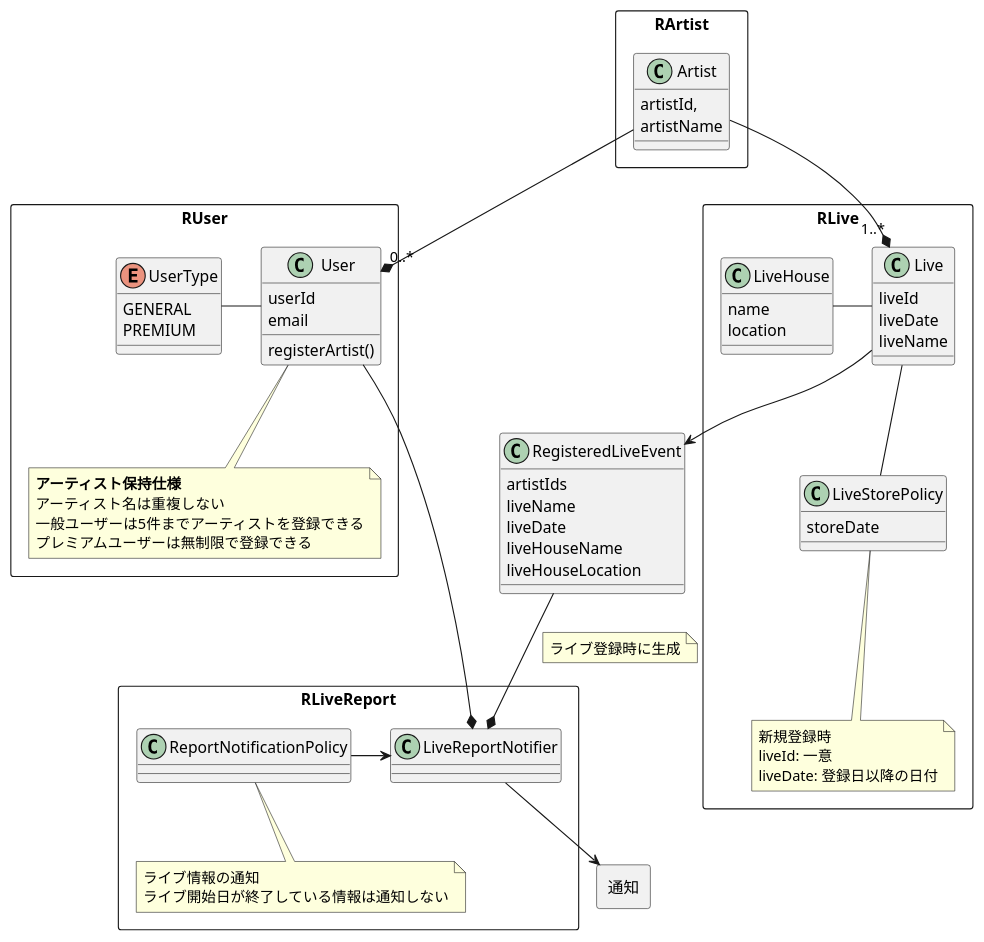
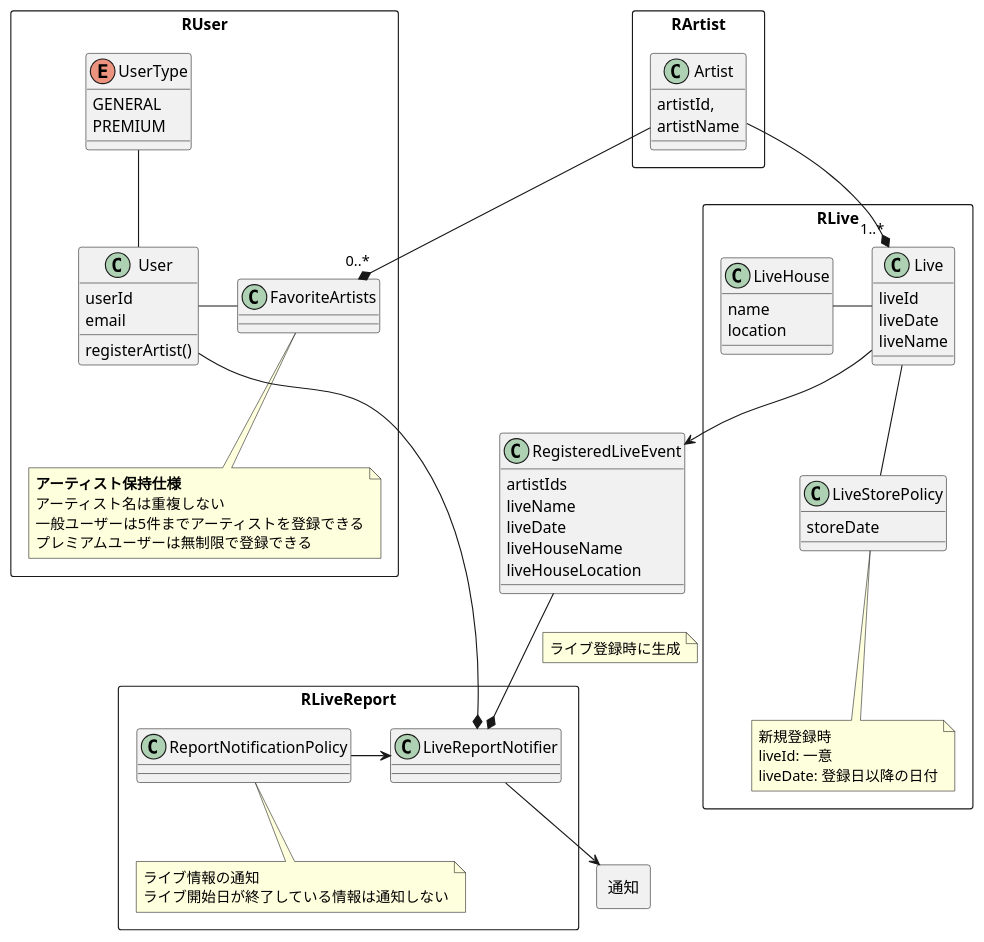
One commit to takutakuaoao/Lee changed the diagram in model_design/live.pu. Above: the diagram before and after it, drawn with PlantUML. The commit also changed 13 other files, not shown here.

Commit message:
Added favorite artists concept to user model. And done refactoring.

```diff
--- a/model_design/live.pu
+++ b/model_design/live.pu
@@ -1,97 +1,102 @@
 @startuml live
 
 rectangle RLiveReport {
     class LiveReportNotifier {
 
     }
 
     class ReportNotificationPolicy {
 
     }
 
     note bottom
     ライブ情報の通知
     ライブ開始日が終了している情報は通知しない
     end note
 
     ReportNotificationPolicy -right-> LiveReportNotifier
 }
 
 rectangle 通知 {
 
 }
 
 LiveReportNotifier -down-> 通知
 
 rectangle RUser {
     class User {
         userId
         email
         registerArtist()
     }
 
+    class FavoriteArtists {
+
+    }
+
     note bottom
     **アーティスト保持仕様**
     アーティスト名は重複しない
     一般ユーザーは5件までアーティストを登録できる
     プレミアムユーザーは無制限で登録できる
-end note
+    end note
 
-enum UserType {
-    GENERAL
-    PREMIUM
-}
+    enum UserType {
+        GENERAL
+        PREMIUM
+    }
 
-UserType - User
+UserType -- User
+User - FavoriteArtists
 }
 
 rectangle RArtist {
 class Artist {
     artistId,
     artistName
 }
 }
 
 rectangle RLive {
 class Live {
     liveId
     liveDate
     liveName
 }
 
 class LiveHouse {
     name
     location
 }
 
 class LiveStorePolicy {
     storeDate
 }
 note bottom
 新規登録時
 liveId: 一意
 liveDate: 登録日以降の日付
 end note
 
 Live -left- LiveHouse
 Live -down- LiveStorePolicy
 }
 
 class RegisteredLiveEvent {
 artistIds
 liveName
 liveDate
 liveHouseName
 liveHouseLocation
 }
 
 Live -down-> RegisteredLiveEvent
 
 Artist --*"1..*" Live
-Artist --*"0..*" User
+Artist --*"0..*" FavoriteArtists
 RegisteredLiveEvent -down-* LiveReportNotifier
 note on link
 ライブ登録時に生成
 end note
 User -down-* LiveReportNotifier
 @enduml
```
